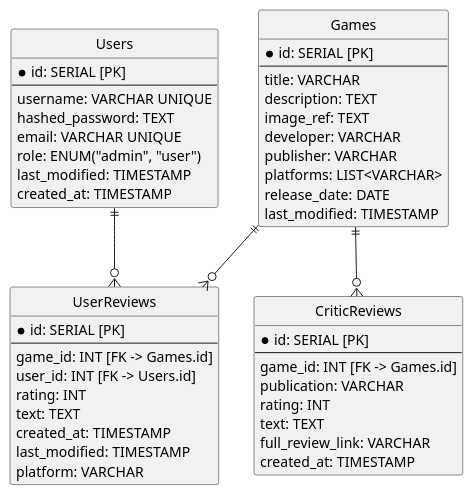
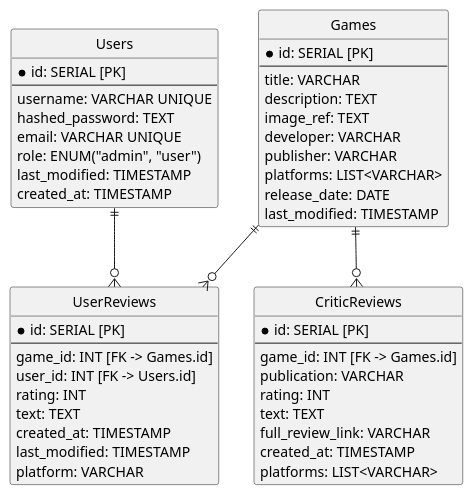
The diagram in sql_model/er.puml (moevm/nosql1h25-review), drawn with PlantUML before and after one commit. The commit also changed 1 other file, not shown here.

Commit message:
add platforms to critic reviews table

```diff
--- a/sql_model/er.puml
+++ b/sql_model/er.puml
@@ -1,57 +1,58 @@
 @startuml
 hide circle
 
 entity Games {
   * id: SERIAL [PK]
   --
   title: VARCHAR
   description: TEXT
   image_ref: TEXT
   developer: VARCHAR
   publisher: VARCHAR
   platforms: LIST<VARCHAR>
   release_date: DATE
   last_modified: TIMESTAMP
 }
 
 entity Users {
   * id: SERIAL [PK]
   --
   username: VARCHAR UNIQUE
   hashed_password: TEXT
   email: VARCHAR UNIQUE
   role: ENUM("admin", "user")
   last_modified: TIMESTAMP
   created_at: TIMESTAMP
 }
 
 entity UserReviews {
   * id: SERIAL [PK]
   --
   game_id: INT [FK -> Games.id]
   user_id: INT [FK -> Users.id]
   rating: INT
   text: TEXT
   created_at: TIMESTAMP
   last_modified: TIMESTAMP
   platform: VARCHAR
 }
 
 entity CriticReviews {
   * id: SERIAL [PK]
   --
   game_id: INT [FK -> Games.id]
   publication: VARCHAR
   rating: INT
   text: TEXT
   full_review_link: VARCHAR
   created_at: TIMESTAMP
+  platforms: LIST<VARCHAR>
 }
 
 
 Users ||--o{ UserReviews
 Games ||--o{ UserReviews
 Games ||--o{ CriticReviews
 
 
 @enduml
```
